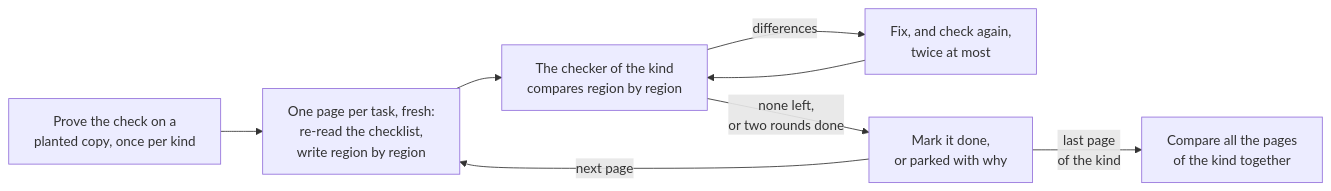
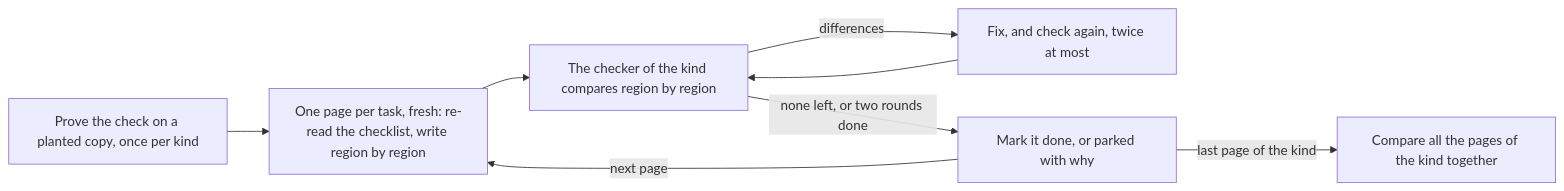
Before and after one commit to kamenkurtev/ui-consistency: the sixth of 7 diagrams in docs/how-it-works.md, drawn with Mermaid. The commit also changed other lines of this file, not shown here.

Commit message:
Let the diagrams' labels wrap on their own (#466)

````diff
--- a/docs/how-it-works.md
+++ b/docs/how-it-works.md
@@ -146,11 +146,11 @@
 ```mermaid
 flowchart LR
-  P["Prove the check on a<br>planted copy, once per kind"]
-  P --> W["One page per task, fresh:<br>re-read the checklist,<br>write region by region"]
-  W --> C["The checker of the kind<br>compares region by region"]
-  C -->|"differences"| F["Fix, and check again,<br>twice at most"]
+  P["Prove the check on a planted copy, once per kind"]
+  P --> W["One page per task, fresh: re-read the checklist, write region by region"]
+  W --> C["The checker of the kind compares region by region"]
+  C -->|"differences"| F["Fix, and check again, twice at most"]
   F --> C
-  C -->|"none left,<br>or two rounds done"| M["Mark it done,<br>or parked with why"]
+  C -->|"none left, or two rounds done"| M["Mark it done, or parked with why"]
   M -->|"next page"| W
-  M -->|"last page<br>of the kind"| S["Compare all the pages<br>of the kind together"]
+  M -->|"last page of the kind"| S["Compare all the pages of the kind together"]
 ```
````
